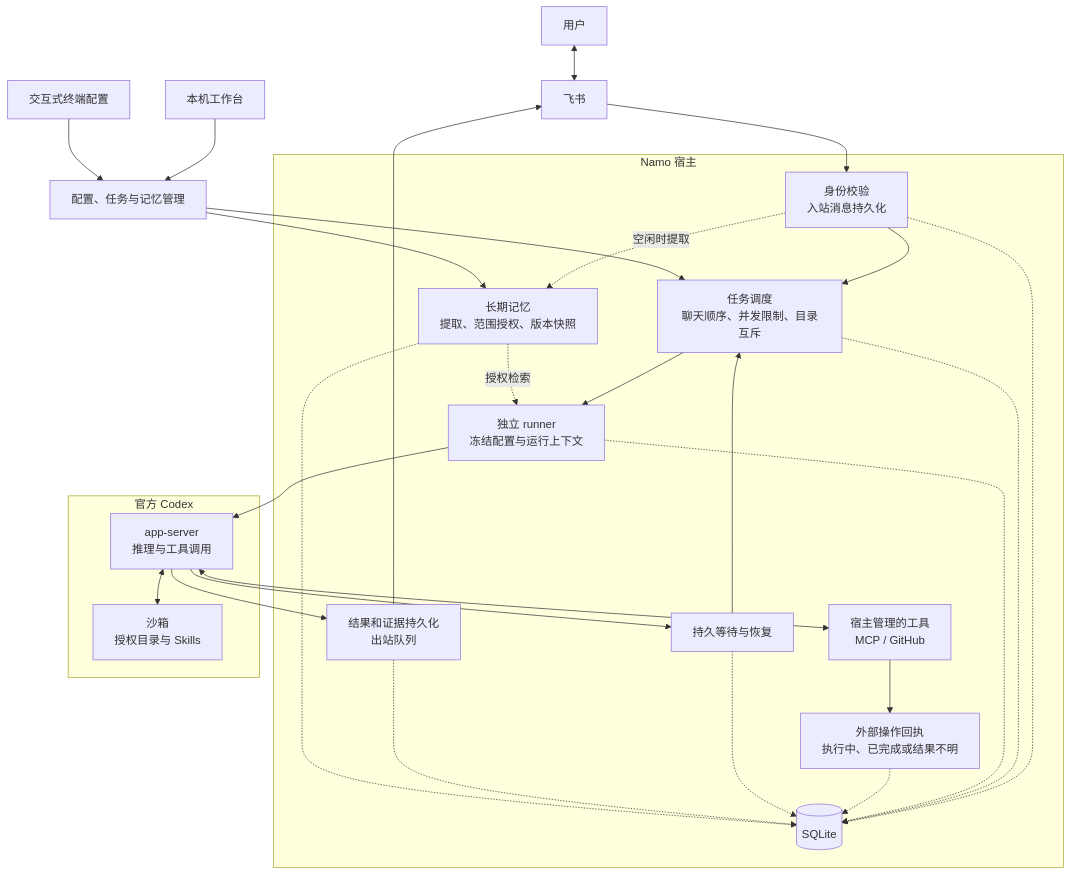
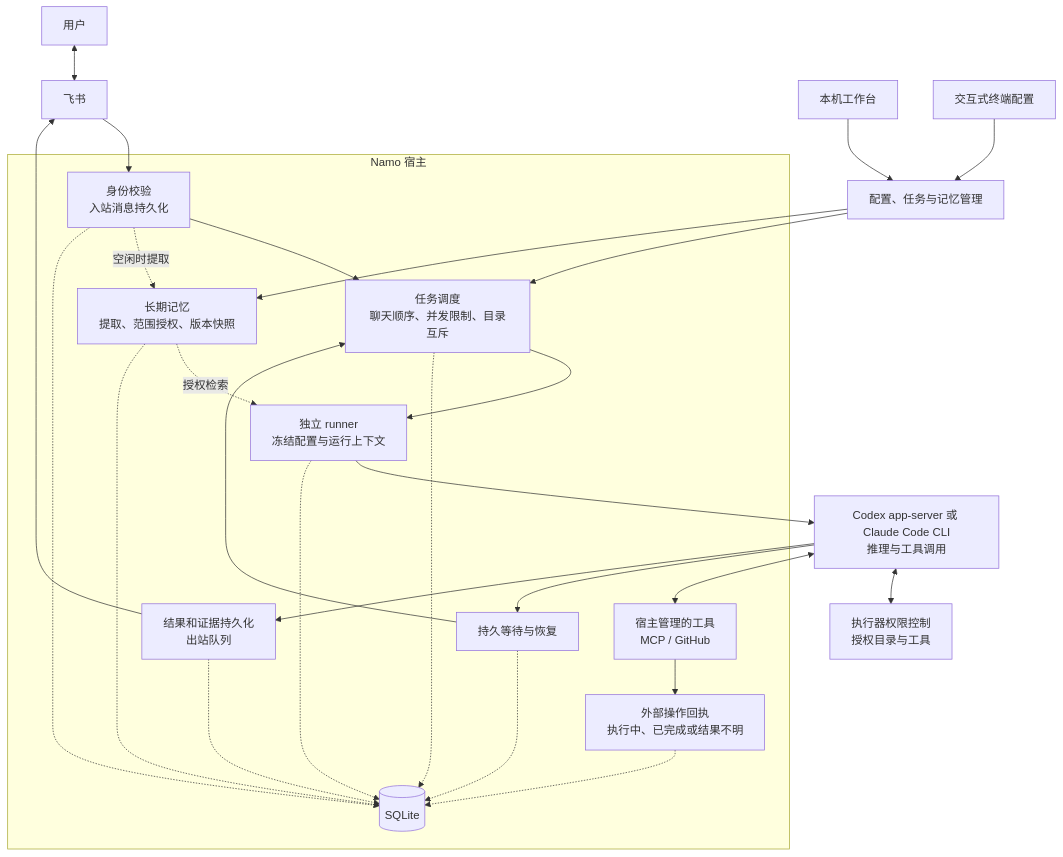
One commit to dofy/namo changed the diagram in docs/architecture.md. Above: the diagram before and after it, drawn with Mermaid. The commit also changed other lines of this file and 37 other files, not shown here.

First line of the commit message:
feat: add Claude Code alongside Codex

````diff
--- a/docs/architecture.md
+++ b/docs/architecture.md
@@ -9,35 +9,33 @@
 ```mermaid
 flowchart TB
   User[用户] <--> Feishu[飞书]
   UI[本机工作台] --> Management[配置、任务与记忆管理]
   CLI[交互式终端配置] --> Management
 
   subgraph Namo["Namo 宿主"]
     In[身份校验<br/>入站消息持久化]
     Queue[任务调度<br/>聊天顺序、并发限制、目录互斥]
     Runner[独立 runner<br/>冻结配置与运行上下文]
     HostTools[宿主管理的工具<br/>MCP / GitHub]
     Receipts[外部操作回执<br/>执行中、已完成或结果不明]
     Wait[持久等待与恢复]
     Out[结果和证据持久化<br/>出站队列]
     Memory[长期记忆<br/>提取、范围授权、版本快照]
     DB[(SQLite)]
   end
 
-  subgraph Codex["官方 Codex"]
-    Agent[app-server<br/>推理与工具调用]
-    Sandbox[沙箱<br/>授权目录与 Skills]
-  end
+  Agent[Codex app-server 或 Claude Code CLI<br/>推理与工具调用]
+  Sandbox[执行器权限控制<br/>授权目录与工具]
 
   Feishu --> In --> Queue --> Runner --> Agent
   Agent <--> Sandbox
   Agent <--> HostTools
   HostTools --> Receipts
   Agent --> Wait --> Queue
   Agent --> Out --> Feishu
   In -.->|空闲时提取| Memory
   Memory -.->|授权检索| Runner
   Management --> Queue
   Management --> Memory
   In & Queue & Runner & Receipts & Wait & Out & Memory -.-> DB
 ```
````
